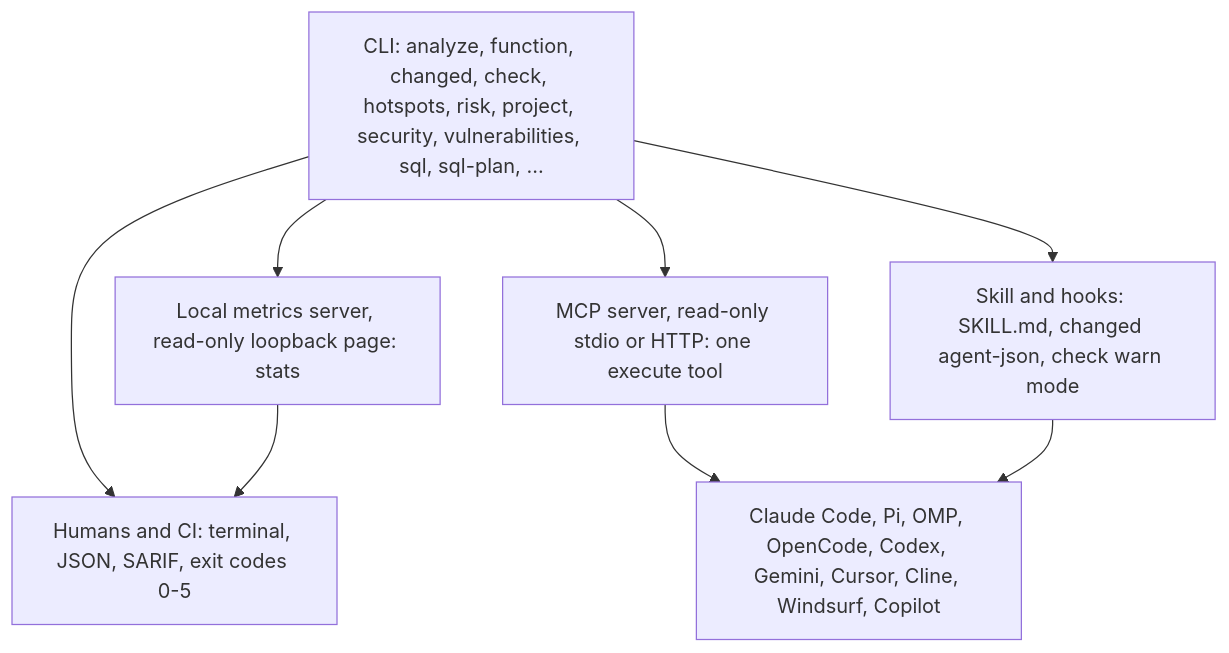
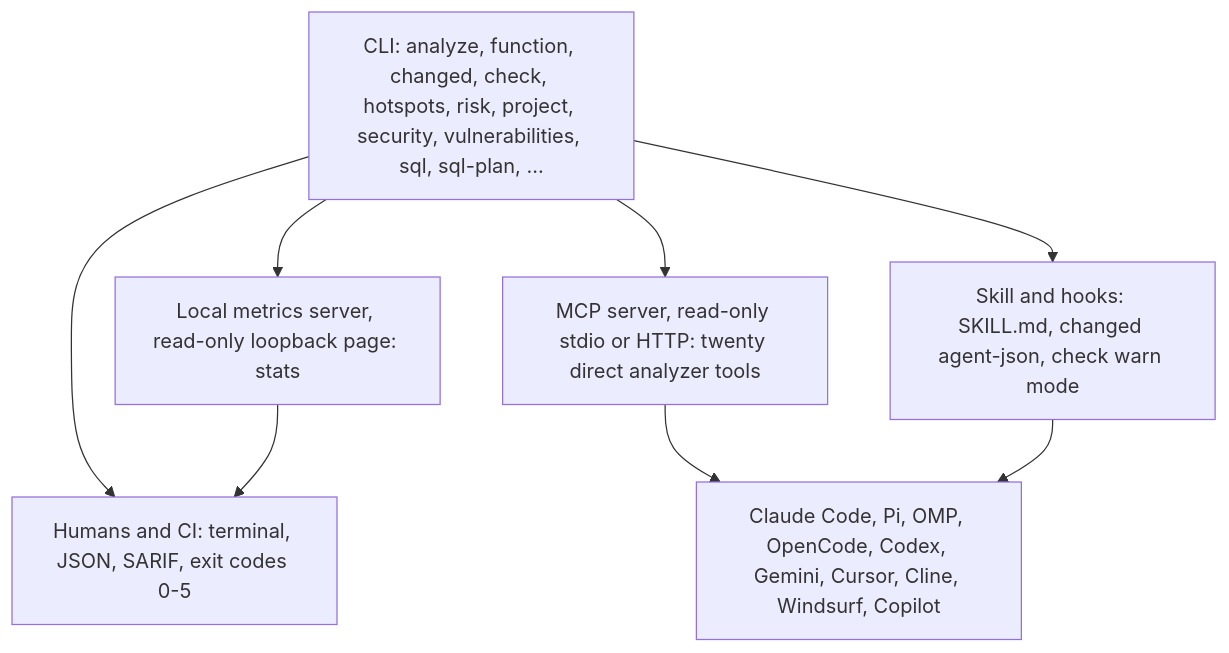
The second of 3 diagrams in README.md (jbt95/leadline), drawn with Mermaid before and after one commit. The commit also changed other lines of this file and 11 other files, not shown here.

First line of the commit message:
feat(mcp): replace the one execute tool with the twenty MCP tools

````diff
--- a/README.md
+++ b/README.md
@@ -172,11 +139,11 @@
 ```mermaid
 flowchart TD
     CLI["CLI: analyze, function, changed, check, hotspots, risk, project, security, vulnerabilities, sql, sql-plan, ..."]
     CLI --> Human["Humans and CI: terminal, JSON, SARIF, exit codes 0-5"]
-    CLI --> MCP["MCP server, read-only stdio or HTTP: one execute tool"]
+    CLI --> MCP["MCP server, read-only stdio or HTTP: twenty direct analyzer tools"]
     MCP --> Harnesses["Claude Code, Pi, OMP, OpenCode, Codex, Gemini, Cursor, Cline, Windsurf, Copilot"]
     CLI --> Stats["Local metrics server, read-only loopback page: stats"]
     Stats --> Human
     CLI --> Skill["Skill and hooks: SKILL.md, changed agent-json, check warn mode"]
     Skill --> Harnesses
 ```
````
